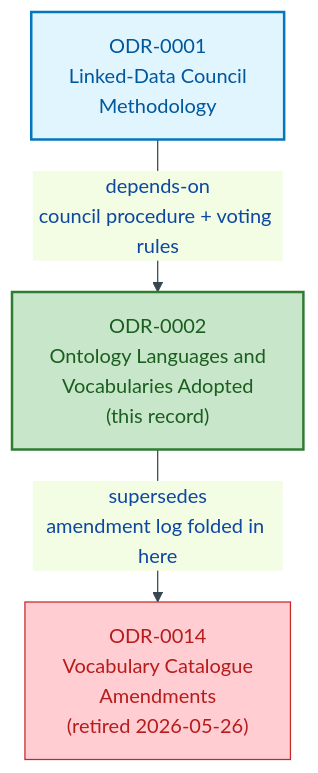
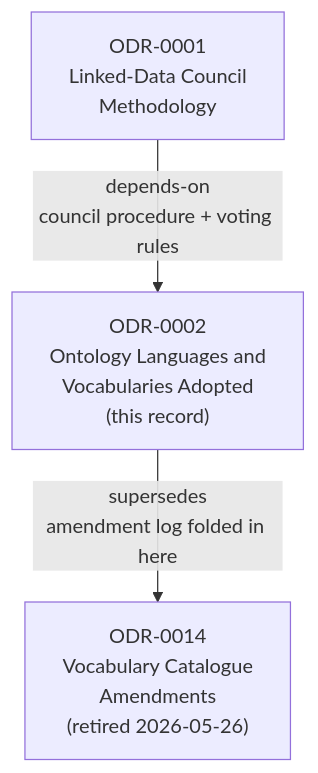
Before and after one commit to sparkling/opda: the third of 3 diagrams in docs/ontology/odr/ODR-0002-ontology-language-adoption.md, drawn with Mermaid. The commit also changed other lines of this file and 25 other files, not shown here.

````diff
--- a/docs/ontology/odr/ODR-0002-ontology-language-adoption.md
+++ b/docs/ontology/odr/ODR-0002-ontology-language-adoption.md
@@ -258,16 +248,12 @@
 ```mermaid
-%%{init:{"theme":"base","themeVariables":{"primaryColor":"#E3F2FD","primaryTextColor":"#0D47A1","primaryBorderColor":"#1565C0","lineColor":"#37474F"}}}%%
 flowchart TD
     accTitle: ODR-0002 dependency and supersession relationships
     accDescr: Shows that ODR-0002 depends on ODR-0001 for methodology and supersedes ODR-0014 which formerly carried vocabulary catalogue amendments.
-    classDef current fill:#C8E6C9,stroke:#2E7D32,stroke-width:2px,color:#1B5E20
-    classDef depends fill:#E1F5FE,stroke:#0277BD,stroke-width:2px,color:#01579B
-    classDef retired fill:#FFCDD2,stroke:#C62828,stroke-width:1px,color:#B71C1C
 
-    ODR0001["ODR-0001<br/>Linked-Data Council<br/>Methodology"]:::depends
-    ODR0002["ODR-0002<br/>Ontology Languages and<br/>Vocabularies Adopted<br/>(this record)"]:::current
-    ODR0014["ODR-0014<br/>Vocabulary Catalogue<br/>Amendments<br/>(retired 2026-05-26)"]:::retired
+    ODR0001["ODR-0001<br/>Linked-Data Council<br/>Methodology"]:::process
+    ODR0002["ODR-0002<br/>Ontology Languages and<br/>Vocabularies Adopted<br/>(this record)"]:::success
+    ODR0014["ODR-0014<br/>Vocabulary Catalogue<br/>Amendments<br/>(retired 2026-05-26)"]:::error
 
     ODR0001 -->|"depends-on<br/>council procedure + voting rules"| ODR0002
     ODR0002 -->|"supersedes<br/>amendment log folded in here"| ODR0014
 ```
````
